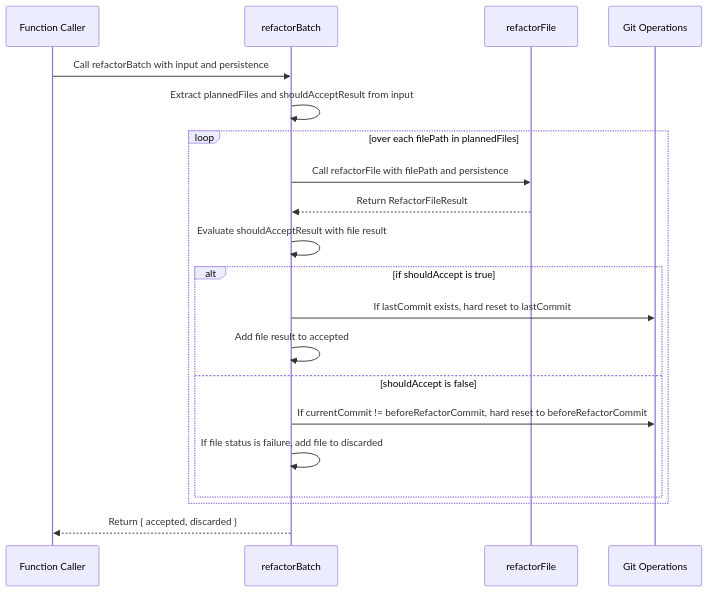
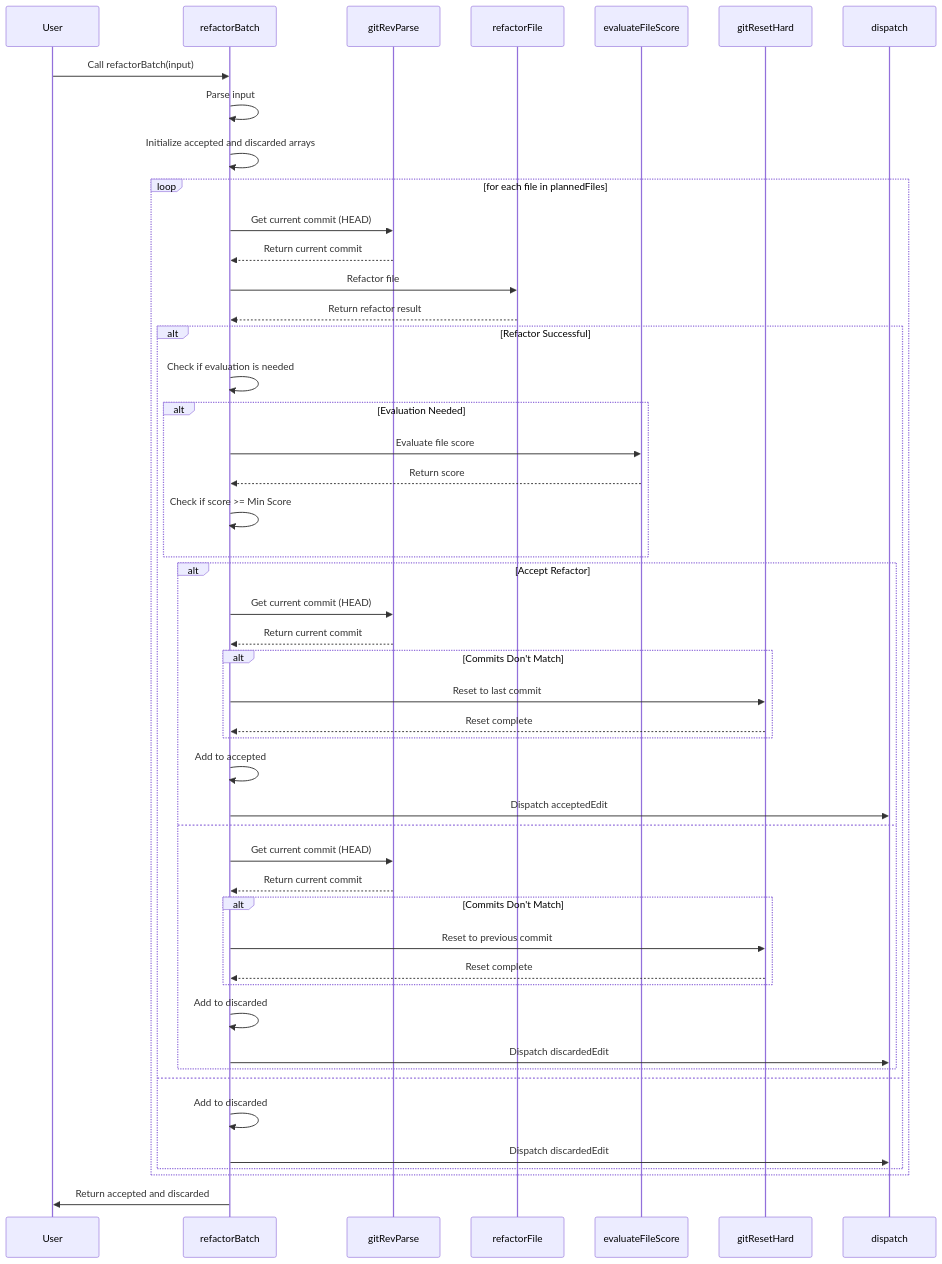
Before and after one commit to zaripych/gpt-refactor-bot: the second of 2 diagrams in .refactor-bot/prompts/example-3.md, drawn with Mermaid. The commit also changed other lines of this file and 92 other files, not shown here.

````diff
--- a/.refactor-bot/prompts/example-3.md
+++ b/.refactor-bot/prompts/example-3.md
@@ -124,22 +272,51 @@
 ```mermaid
 sequenceDiagram
-  participant B as Function Caller
-  participant R as refactorBatch
-  participant F as refactorFile
-  participant G as Git Operations
-  B->>R: Call refactorBatch with input and persistence
-  R->>R: Extract plannedFiles and shouldAcceptResult from input
-  loop over each filePath in plannedFiles
-    R->>F: Call refactorFile with filePath and persistence
-    F-->>R: Return RefactorFileResult
-    R->>R: Evaluate shouldAcceptResult with file result
-    alt if shouldAccept is true
-      R->>G: If lastCommit exists, hard reset to lastCommit
-      R->>R: Add file result to accepted
-    else shouldAccept is false
-      R->>G: If currentCommit != beforeRefactorCommit, hard reset to beforeRefactorCommit
-      R->>R: If file status is failure, add file to discarded
+    participant User
+    participant refactorBatch
+    participant gitRevParse
+    participant refactorFile
+    participant evaluateFileScore
+    participant gitResetHard
+    participant dispatch
+
+    User ->> refactorBatch: Call refactorBatch(input)
+    refactorBatch ->> refactorBatch: Parse input
+    refactorBatch ->> refactorBatch: Initialize accepted and discarded arrays
+    loop for each file in plannedFiles
+        refactorBatch ->> gitRevParse: Get current commit (HEAD)
+        gitRevParse -->> refactorBatch: Return current commit
+        refactorBatch ->> refactorFile: Refactor file
+        refactorFile -->> refactorBatch: Return refactor result
+        alt Refactor Successful
+            refactorBatch ->> refactorBatch: Check if evaluation is needed
+            alt Evaluation Needed
+                refactorBatch ->> evaluateFileScore: Evaluate file score
+                evaluateFileScore -->> refactorBatch: Return score
+                refactorBatch ->> refactorBatch: Check if score >= Min Score
+            end
+            alt Accept Refactor
+                refactorBatch ->> gitRevParse: Get current commit (HEAD)
+                gitRevParse -->> refactorBatch: Return current commit
+                alt Commits Don't Match
+                    refactorBatch ->> gitResetHard: Reset to last commit
+                    gitResetHard -->> refactorBatch: Reset complete
+                end
+                refactorBatch ->> refactorBatch: Add to accepted
+                refactorBatch ->> dispatch: Dispatch acceptedEdit
+            else
+                refactorBatch ->> gitRevParse: Get current commit (HEAD)
+                gitRevParse -->> refactorBatch: Return current commit
+                alt Commits Don't Match
+                    refactorBatch ->> gitResetHard: Reset to previous commit
+                    gitResetHard -->> refactorBatch: Reset complete
+                end
+                refactorBatch ->> refactorBatch: Add to discarded
+                refactorBatch ->> dispatch: Dispatch discardedEdit
+            end
+        else
+            refactorBatch ->> refactorBatch: Add to discarded
+            refactorBatch ->> dispatch: Dispatch discardedEdit
+        end
     end
-  end
-  R-->>B: Return { accepted, discarded }
+    refactorBatch ->> User: Return accepted and discarded
 ```
````
